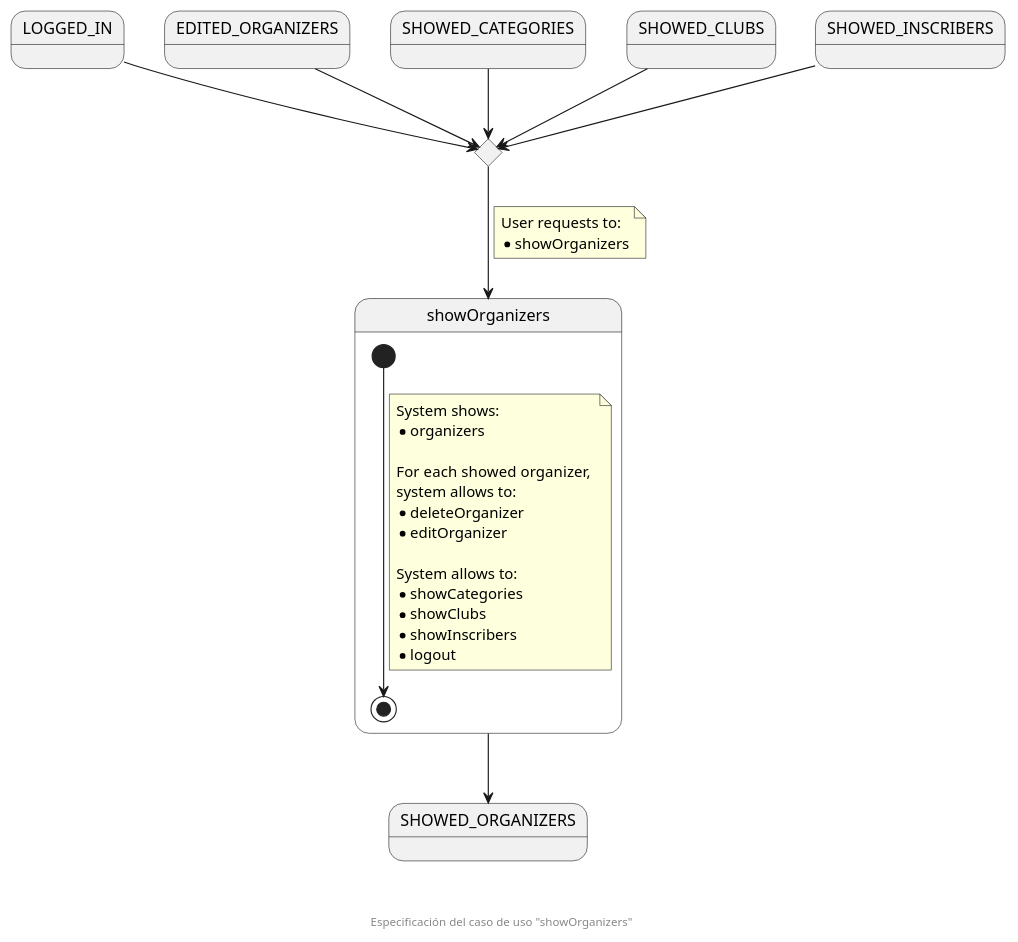
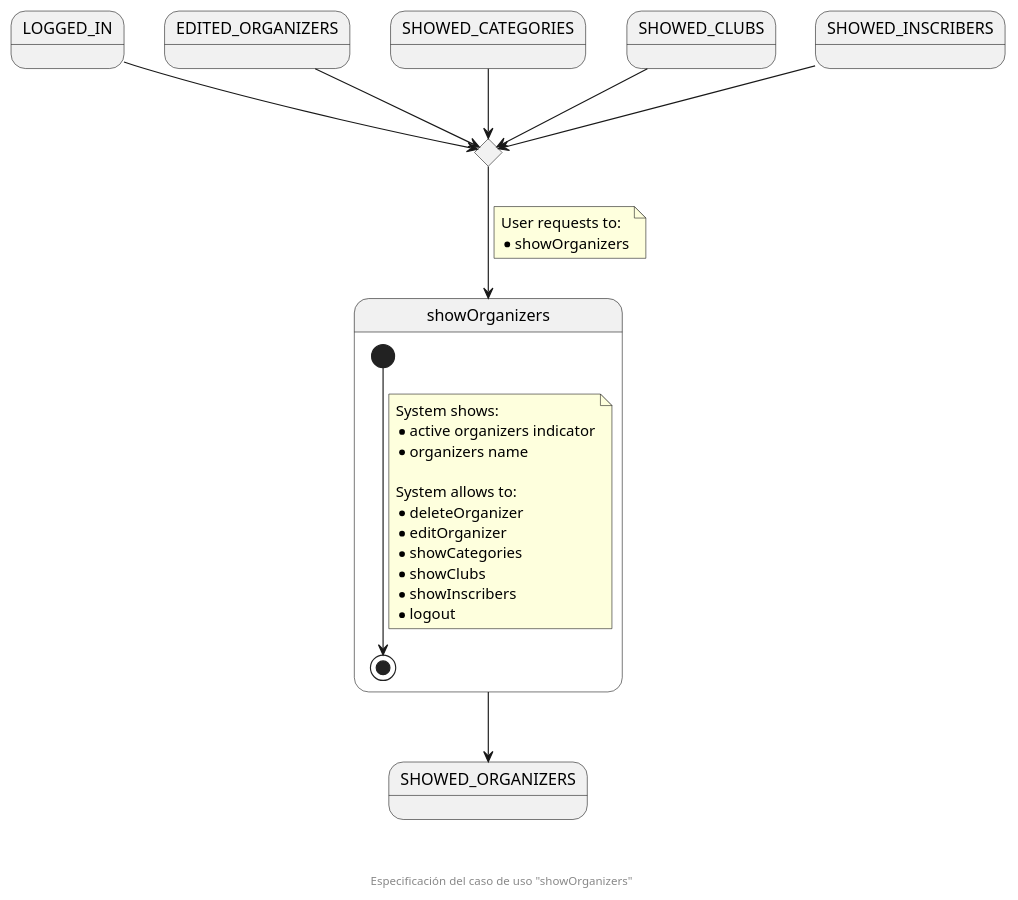
One commit to zuldare/mastercloud_pfm_halterocms changed the diagram in documentation/diagrams/1_requirements/3_useCasesSpecification/organizationSecretary/07_showOrganizers.puml. Above: the diagram before and after it, drawn with PlantUML.

Commit message:
Add more detail to organizers showed data

```diff
--- a/documentation/diagrams/1_requirements/3_useCasesSpecification/organizationSecretary/07_showOrganizers.puml
+++ b/documentation/diagrams/1_requirements/3_useCasesSpecification/organizationSecretary/07_showOrganizers.puml
@@ -1,44 +1,42 @@
 @startuml
 state LOGGED_IN
 state EDITED_ORGANIZERS
 state SHOWED_CATEGORIES
 state SHOWED_CLUBS
 state SHOWED_INSCRIBERS
 
 state enterShowOrganizersCHC <<choice>>
 
 state showOrganizers {
   [*] --> [*]
   note on link
     System shows:
-    * organizers
+    * active organizers indicator
+    * organizers name
 
-    For each showed organizer, 
-    system allows to:
+    System allows to:
     * deleteOrganizer
     * editOrganizer
-
-    System allows to:
     * showCategories
     * showClubs
     * showInscribers
     * logout
   end note
 }
 state SHOWED_ORGANIZERS
 
 LOGGED_IN --> enterShowOrganizersCHC
 EDITED_ORGANIZERS --> enterShowOrganizersCHC
 SHOWED_CATEGORIES --> enterShowOrganizersCHC
 SHOWED_CLUBS --> enterShowOrganizersCHC
 SHOWED_INSCRIBERS --> enterShowOrganizersCHC
 
 enterShowOrganizersCHC --> showOrganizers
 note on link
   User requests to:
   * showOrganizers
 end note
 showOrganizers --> SHOWED_ORGANIZERS
 
 footer \n\n\n Especificación del caso de uso "showOrganizers"
 @enduml
```
